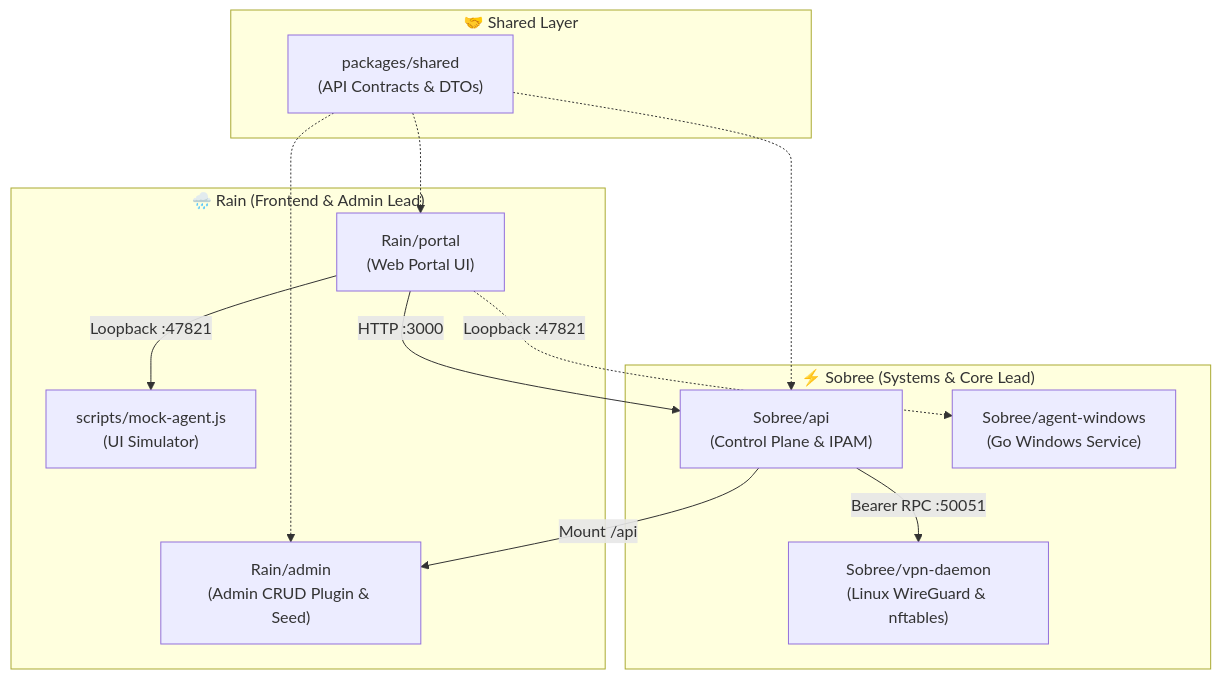
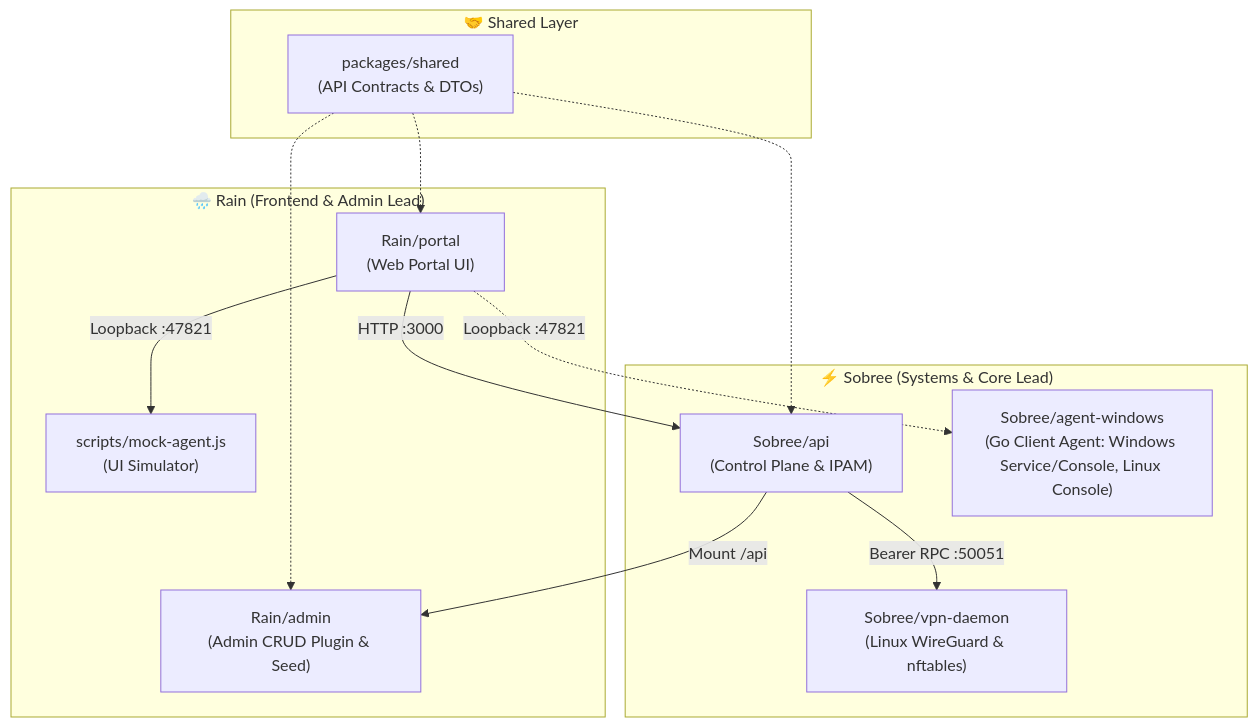
Before and after one commit to SobreeH/Mango_VPN_Trainee: the first of 2 diagrams in README.th.md, drawn with Mermaid. The commit also changed other lines of this file and 8 other files, not shown here.

Commit message:
docs: align English and Thai guides for Windows and Linux development and testing

````diff
--- a/README.th.md
+++ b/README.th.md
@@ -93,27 +98,27 @@
 ```mermaid
 flowchart TD
     subgraph Shared["🤝 Shared Layer"]
         contracts["packages/shared<br/>(API Contracts & DTOs)"]
     end
 
     subgraph RainTeam["🌧️ Rain (Frontend & Admin Lead)"]
         portal["Rain/portal<br/>(Web Portal UI)"]
         admin["Rain/admin<br/>(Admin CRUD Plugin & Seed)"]
         mock["scripts/mock-agent.js<br/>(UI Simulator)"]
     end
 
     subgraph SobreeTeam["⚡ Sobree (Systems & Core Lead)"]
         api["Sobree/api<br/>(Control Plane & IPAM)"]
-        winAgent["Sobree/agent-windows<br/>(Go Windows Service)"]
+        winAgent["Sobree/agent-windows<br/>(Go Client Agent: Windows Service/Console, Linux Console)"]
         vpnDaemon["Sobree/vpn-daemon<br/>(Linux WireGuard & nftables)"]
     end
 
     contracts -.-> portal
     contracts -.-> admin
     contracts -.-> api
     portal -->|HTTP :3000| api
     portal -->|Loopback :47821| mock
     portal -.->|Loopback :47821| winAgent
     api -->|Mount /api| admin
     api -->|Bearer RPC :50051| vpnDaemon
 ```
````
